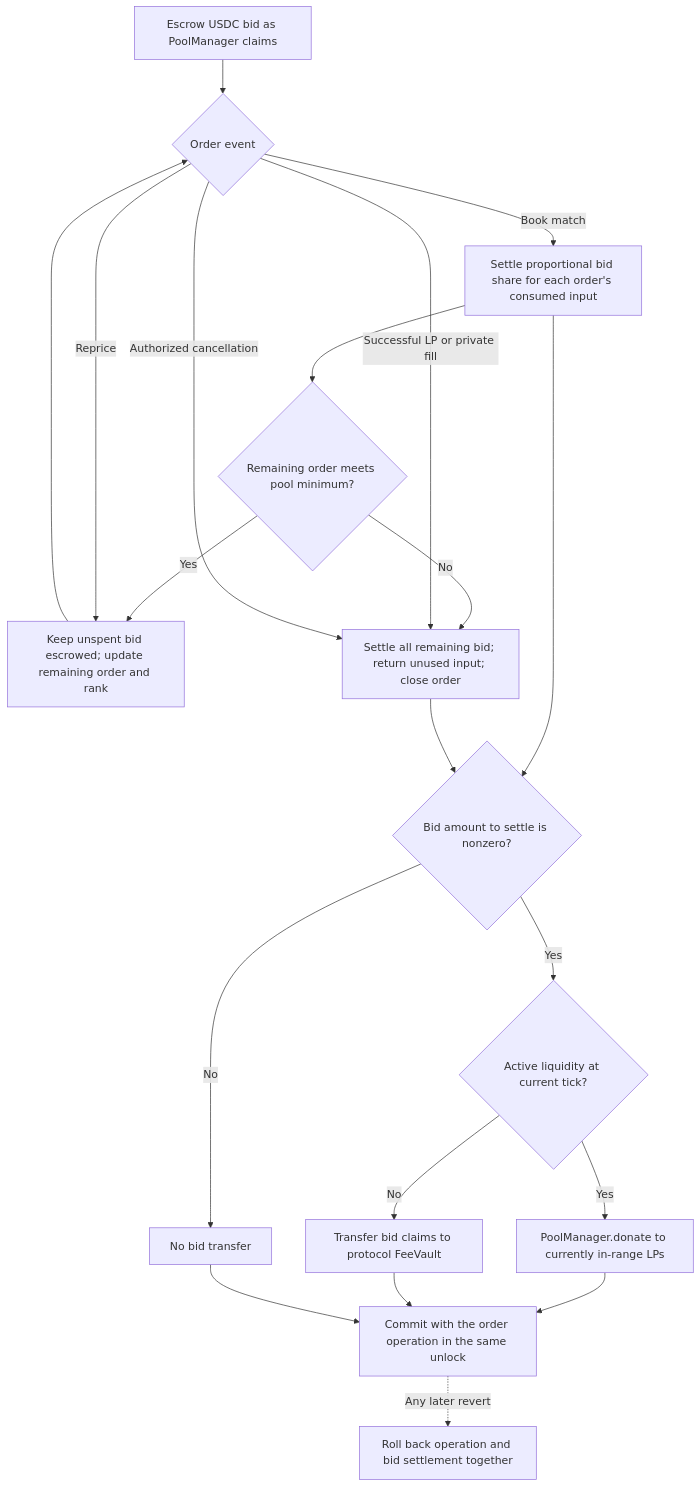
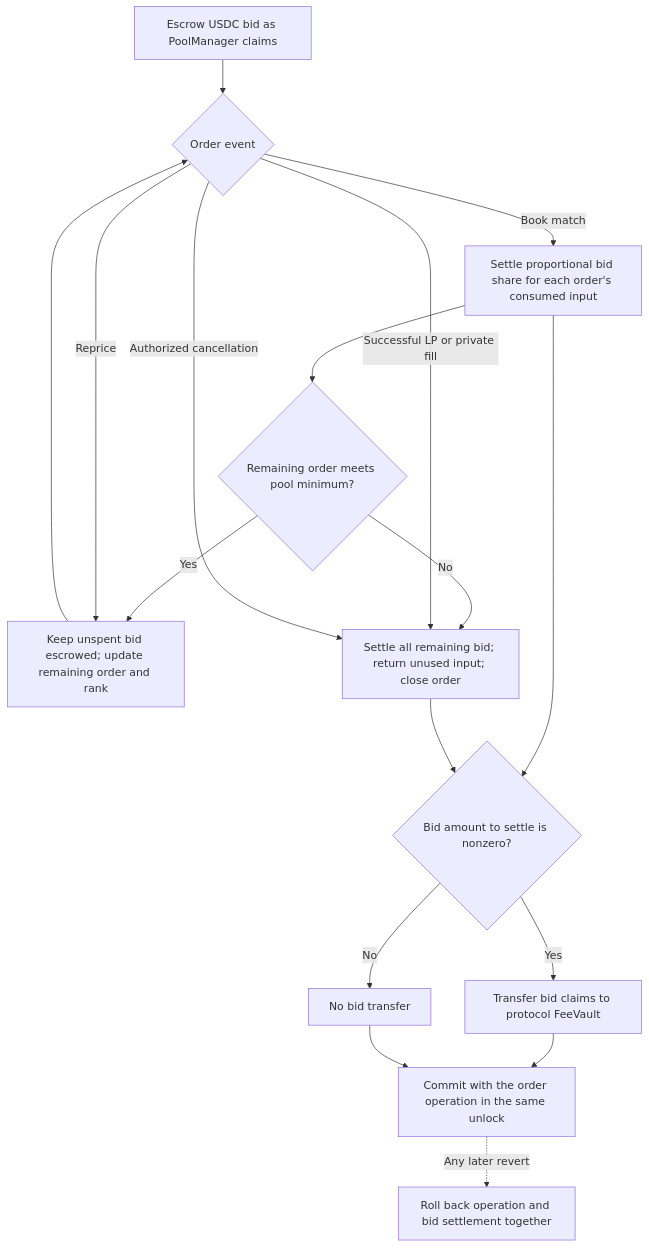
The second of 2 diagrams in docs/order-lifecycle.md (asyncswap/contracts), drawn with Mermaid before and after one commit. The commit also changed other lines of this file and 15 other files, not shown here.

````diff
--- a/docs/order-lifecycle.md
+++ b/docs/order-lifecycle.md
@@ -44,22 +44,19 @@
 ```mermaid
 flowchart TD
     A["Escrow USDC bid as PoolManager claims"] --> B{"Order event"}
     B -- "Book match" --> C["Settle proportional bid share for each order's consumed input"]
     C --> D{"Remaining order meets pool minimum?"}
     D -- "Yes" --> E["Keep unspent bid escrowed; update remaining order and rank"]
     E --> B
     D -- "No" --> F["Settle all remaining bid; return unused input; close order"]
     B -- "Successful LP or private fill" --> F
     B -- "Authorized cancellation" --> F
     B -- "Reprice" --> E
     C --> G{"Bid amount to settle is nonzero?"}
     F --> G
     G -- "No" --> H["No bid transfer"]
-    G -- "Yes" --> I{"Active liquidity at current tick?"}
-    I -- "Yes" --> J["PoolManager.donate to currently in-range LPs"]
-    I -- "No" --> K["Transfer bid claims to protocol FeeVault"]
-    J --> L["Commit with the order operation in the same unlock"]
-    K --> L
+    G -- "Yes" --> K["Transfer bid claims to protocol FeeVault"]
+    K --> L["Commit with the order operation in the same unlock"]
     H --> L
     L -. "Any later revert" .-> M["Roll back operation and bid settlement together"]
 ```
````
